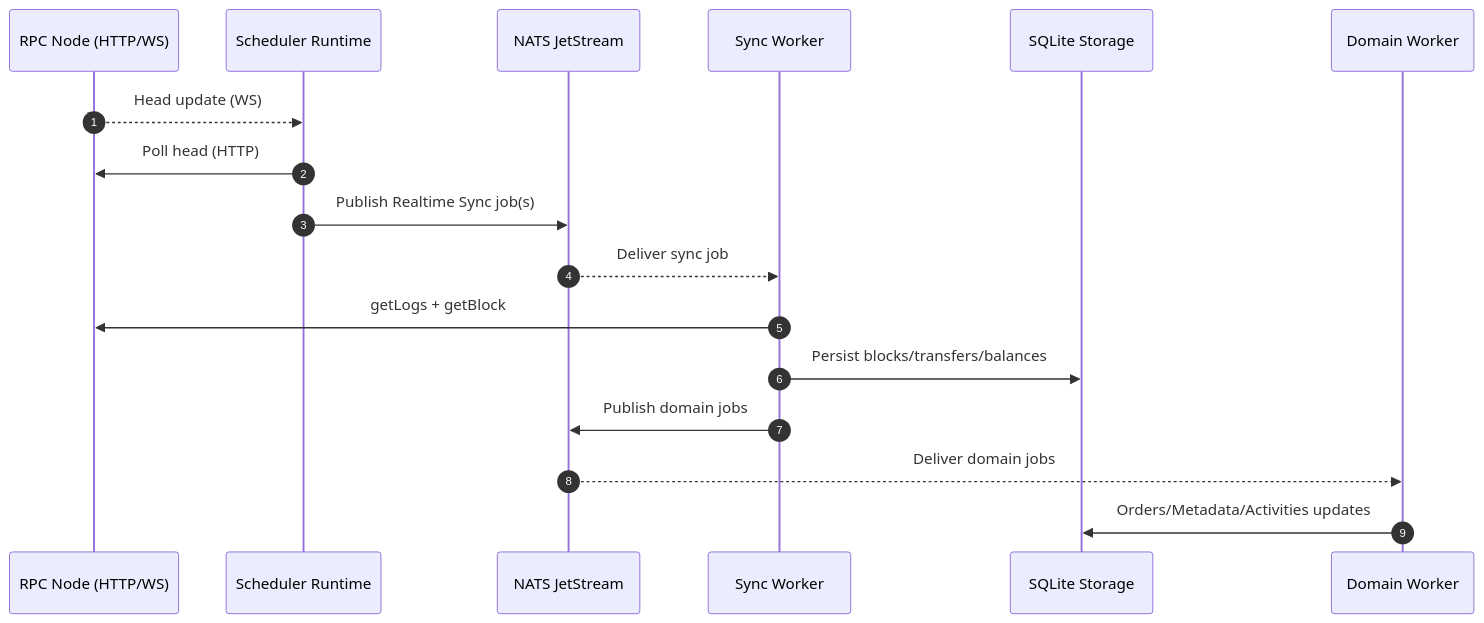
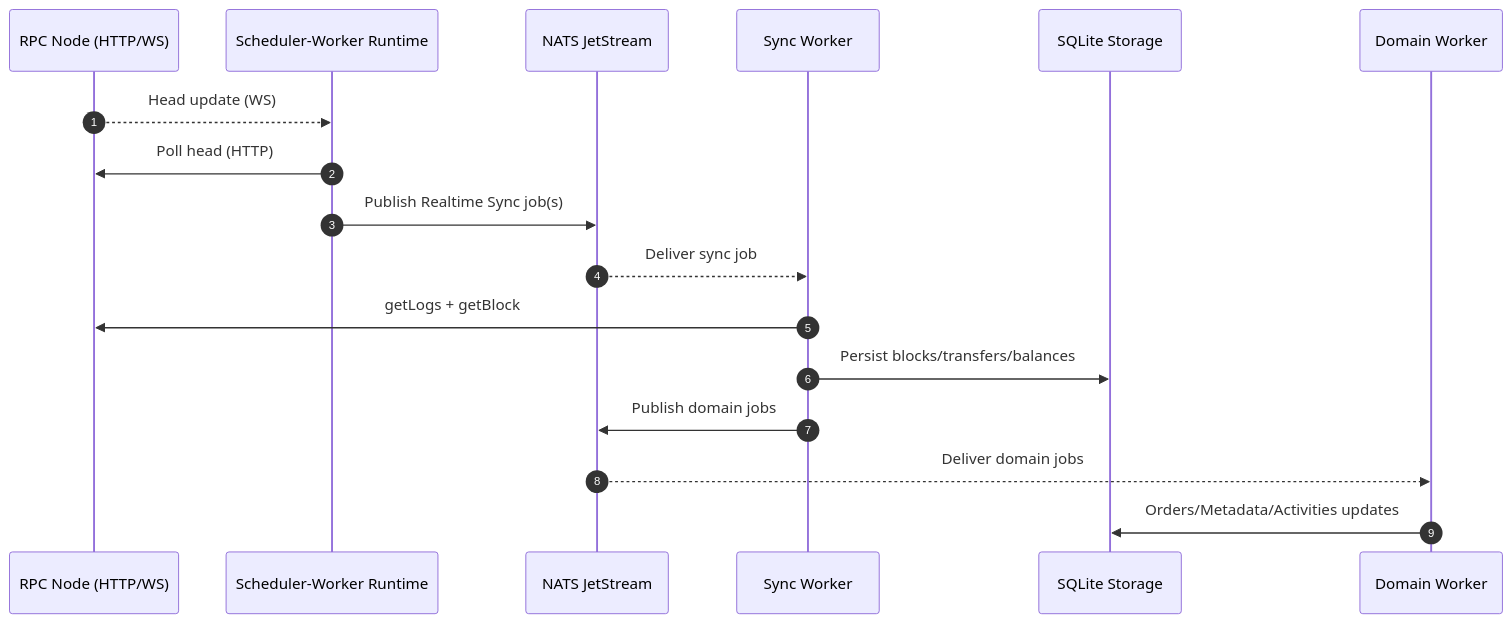
One commit to d347h-eth/artgod changed the first of 2 diagrams in docs/indexer/13-sequence-diagrams.md. Above: the diagram before and after it, drawn with Mermaid. The commit also changed other lines of this file and 27 other files, not shown here.

````diff
--- a/docs/indexer/13-sequence-diagrams.md
+++ b/docs/indexer/13-sequence-diagrams.md
@@ -7,22 +7,22 @@
 ```mermaid
 sequenceDiagram
     autonumber
     participant RPC as RPC Node (HTTP/WS)
-    participant Scheduler as Scheduler Runtime
+    participant SchedulerWorker as Scheduler-Worker Runtime
     participant NATS as NATS JetStream
     participant Sync as Sync Worker
     participant DB as SQLite Storage
     participant Domain as Domain Worker
 
-    RPC-->>Scheduler: Head update (WS)
-    Scheduler->>RPC: Poll head (HTTP)
-    Scheduler->>NATS: Publish Realtime Sync job(s)
+    RPC-->>SchedulerWorker: Head update (WS)
+    SchedulerWorker->>RPC: Poll head (HTTP)
+    SchedulerWorker->>NATS: Publish Realtime Sync job(s)
 
     NATS-->>Sync: Deliver sync job
     Sync->>RPC: getLogs + getBlock
     Sync->>DB: Persist blocks/transfers/balances
     Sync->>NATS: Publish domain jobs
 
     NATS-->>Domain: Deliver domain jobs
     Domain->>DB: Orders/Metadata/Activities updates
 ```
````
